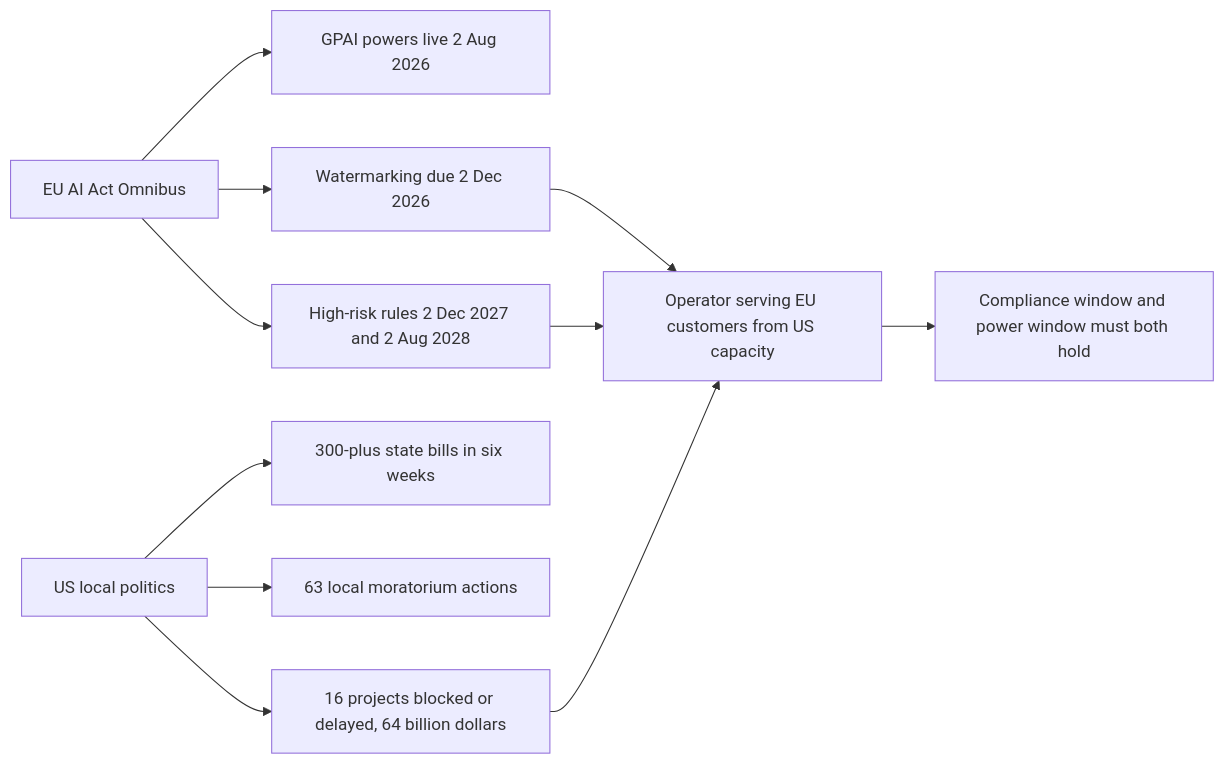
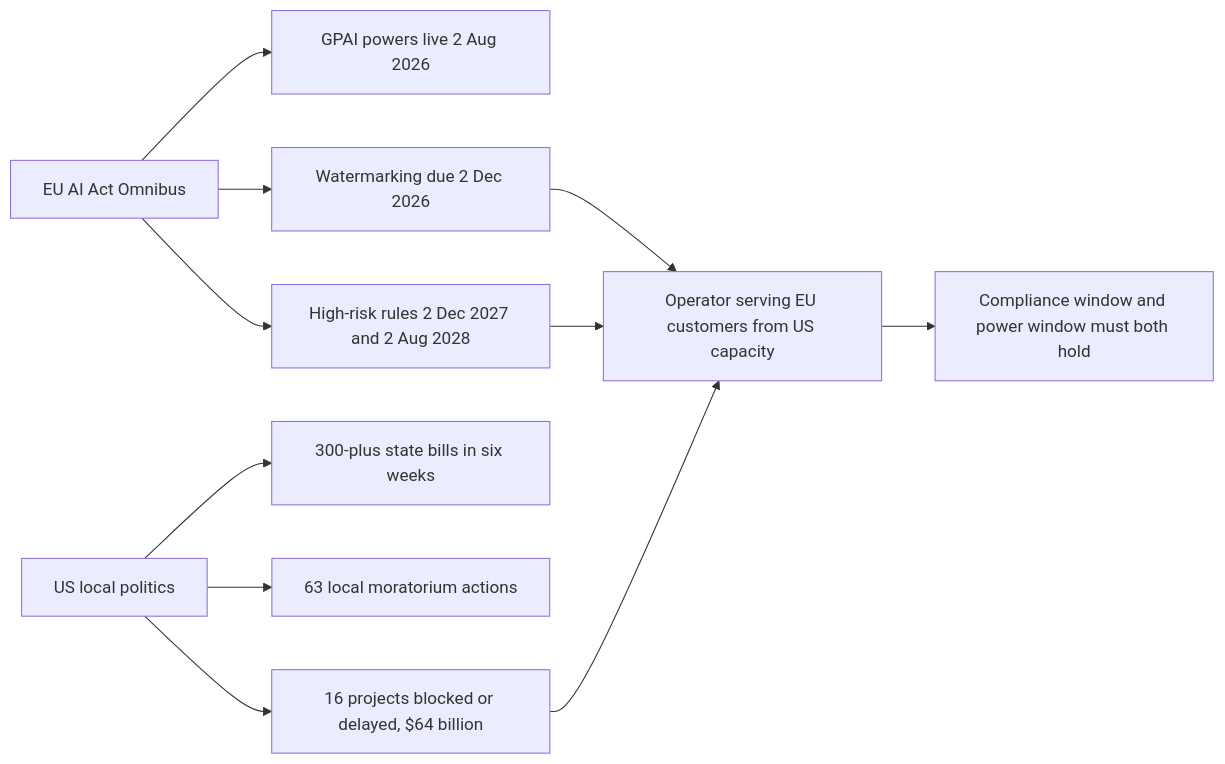
Before and after one commit to TarrySingh/tarrysingh-com: the diagram in content/blog/the-two-front-squeeze-ai-s-energy-appetite.mdx, drawn with Mermaid. The commit also changed other lines of this file and 84 other files, not shown here.

````diff
--- a/content/blog/the-two-front-squeeze-ai-s-energy-appetite.mdx
+++ b/content/blog/the-two-front-squeeze-ai-s-energy-appetite.mdx
@@ -102,14 +102,14 @@
 ```mermaid
 %% caption: One operator sits at the point where the compliance clock and the grid queue meet.
 flowchart LR
   A[EU AI Act Omnibus] --> A1[GPAI powers live 2 Aug 2026]
   A --> A2[Watermarking due 2 Dec 2026]
   A --> A3[High-risk rules 2 Dec 2027 and 2 Aug 2028]
   B[US local politics] --> B1[300-plus state bills in six weeks]
   B --> B2[63 local moratorium actions]
-  B --> B3[16 projects blocked or delayed, 64 billion dollars]
+  B --> B3[16 projects blocked or delayed, $64 billion]
   A2 --> C[Operator serving EU customers from US capacity]
   A3 --> C
   B3 --> C
   C --> D[Compliance window and power window must both hold]
 ```
````
